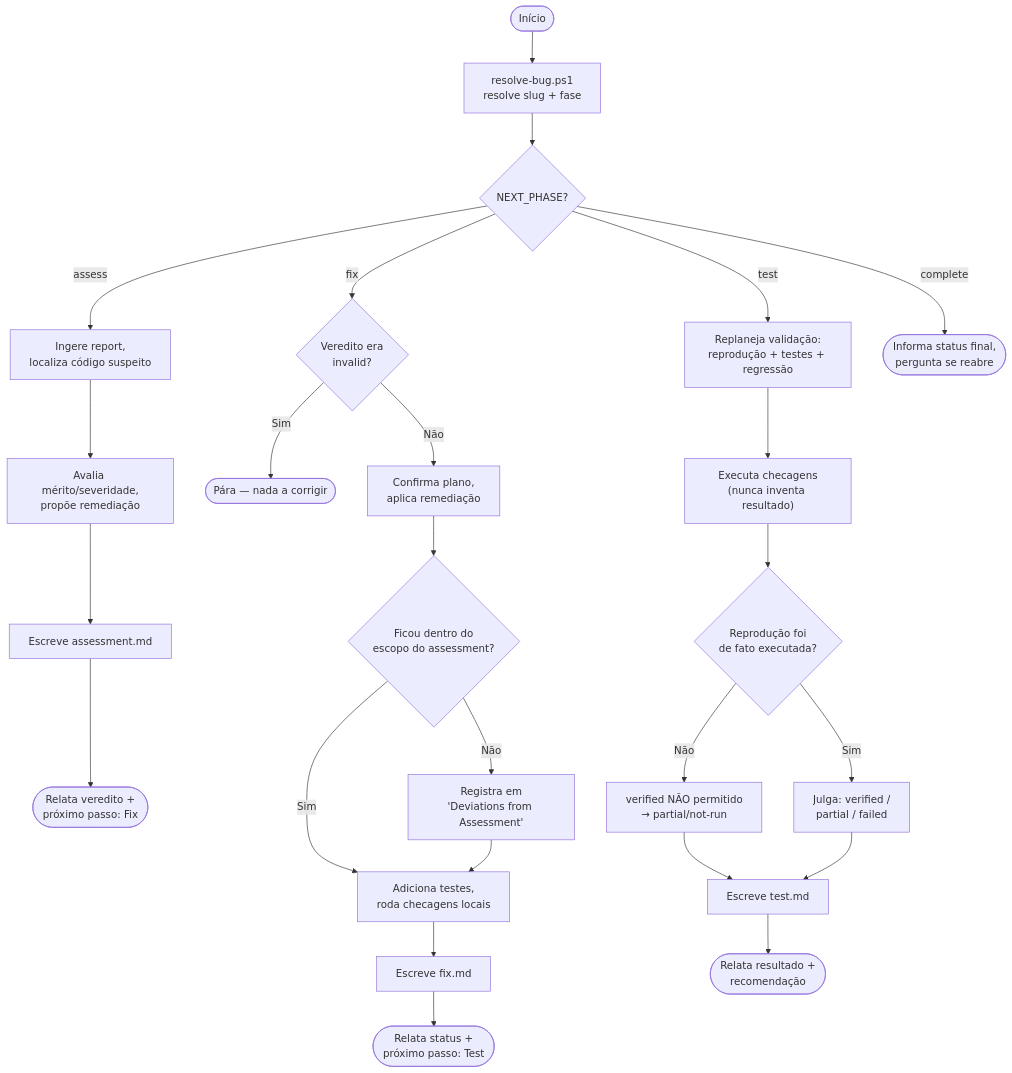
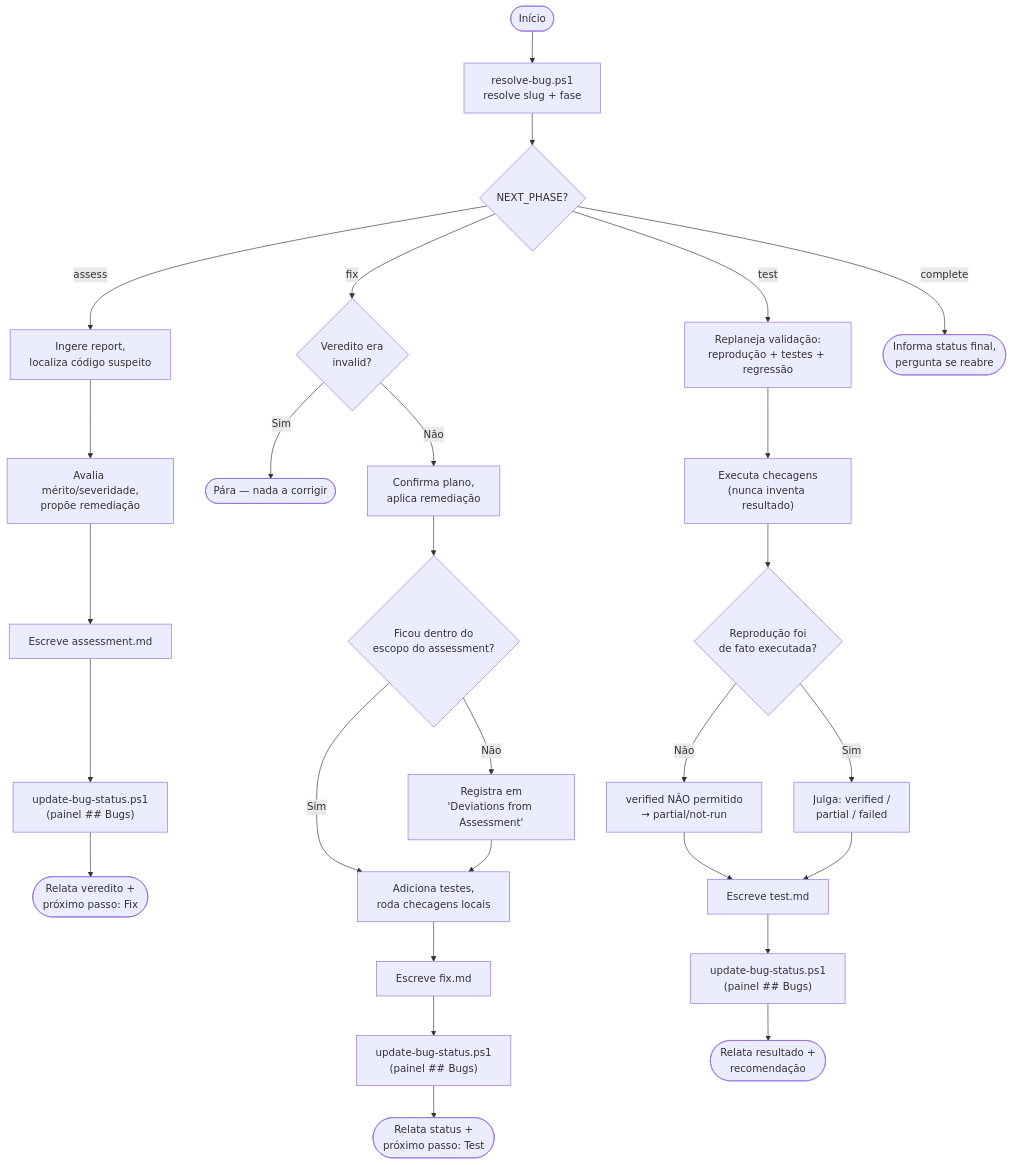
One commit to johnosd/NeoReader changed the eighth of 8 diagrams in .planning/README.md. Above: the diagram before and after it, drawn with Mermaid. The commit also changed other lines of this file and 5 other files, not shown here.

First line of the commit message:
docs: adiciona painel de status de bugs ao backlog e registra pendencias de memoria

````diff
--- a/.planning/README.md
+++ b/.planning/README.md
@@ -367,27 +367,30 @@
 ```mermaid
 flowchart TD
     A([Início]) --> B["resolve-bug.ps1\nresolve slug + fase"]
     B --> C{"NEXT_PHASE?"}
     C -->|assess| D["Ingere report,\nlocaliza código suspeito"]
     D --> E["Avalia mérito/severidade,\npropõe remediação"]
     E --> F["Escreve assessment.md"]
-    F --> G(["Relata veredito +\npróximo passo: Fix"])
+    F --> F2["update-bug-status.ps1\n(painel ## Bugs)"]
+    F2 --> G(["Relata veredito +\npróximo passo: Fix"])
     C -->|fix| H{"Veredito era\ninvalid?"}
     H -->|Sim| I(["Pára — nada a corrigir"])
     H -->|Não| J["Confirma plano,\naplica remediação"]
     J --> K{"Ficou dentro do\nescopo do assessment?"}
     K -->|Não| L["Registra em\n'Deviations from Assessment'"]
     K -->|Sim| M["Adiciona testes,\nroda checagens locais"]
     L --> M
     M --> N["Escreve fix.md"]
-    N --> O(["Relata status +\npróximo passo: Test"])
+    N --> N2["update-bug-status.ps1\n(painel ## Bugs)"]
+    N2 --> O(["Relata status +\npróximo passo: Test"])
     C -->|test| P["Replaneja validação:\nreprodução + testes + regressão"]
     P --> Q["Executa checagens\n(nunca inventa resultado)"]
     Q --> R{"Reprodução foi\nde fato executada?"}
     R -->|Não| S["verified NÃO permitido\n→ partial/not-run"]
     R -->|Sim| T["Julga: verified /\npartial / failed"]
     S --> U["Escreve test.md"]
     T --> U
-    U --> V(["Relata resultado +\nrecomendação"])
+    U --> U2["update-bug-status.ps1\n(painel ## Bugs)"]
+    U2 --> V(["Relata resultado +\nrecomendação"])
     C -->|complete| W(["Informa status final,\npergunta se reabre"])
 ```
````
